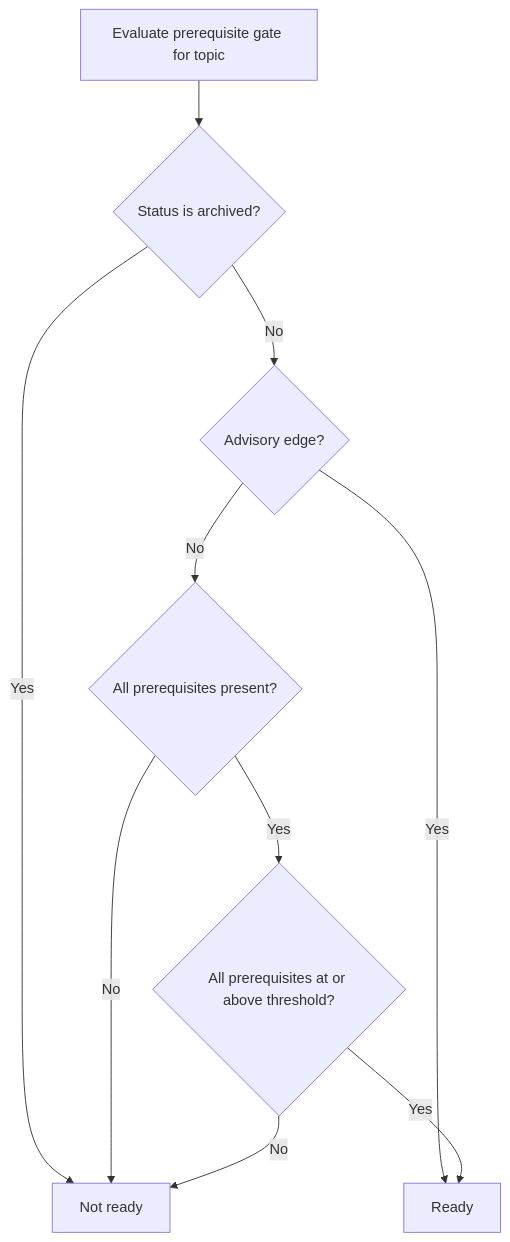
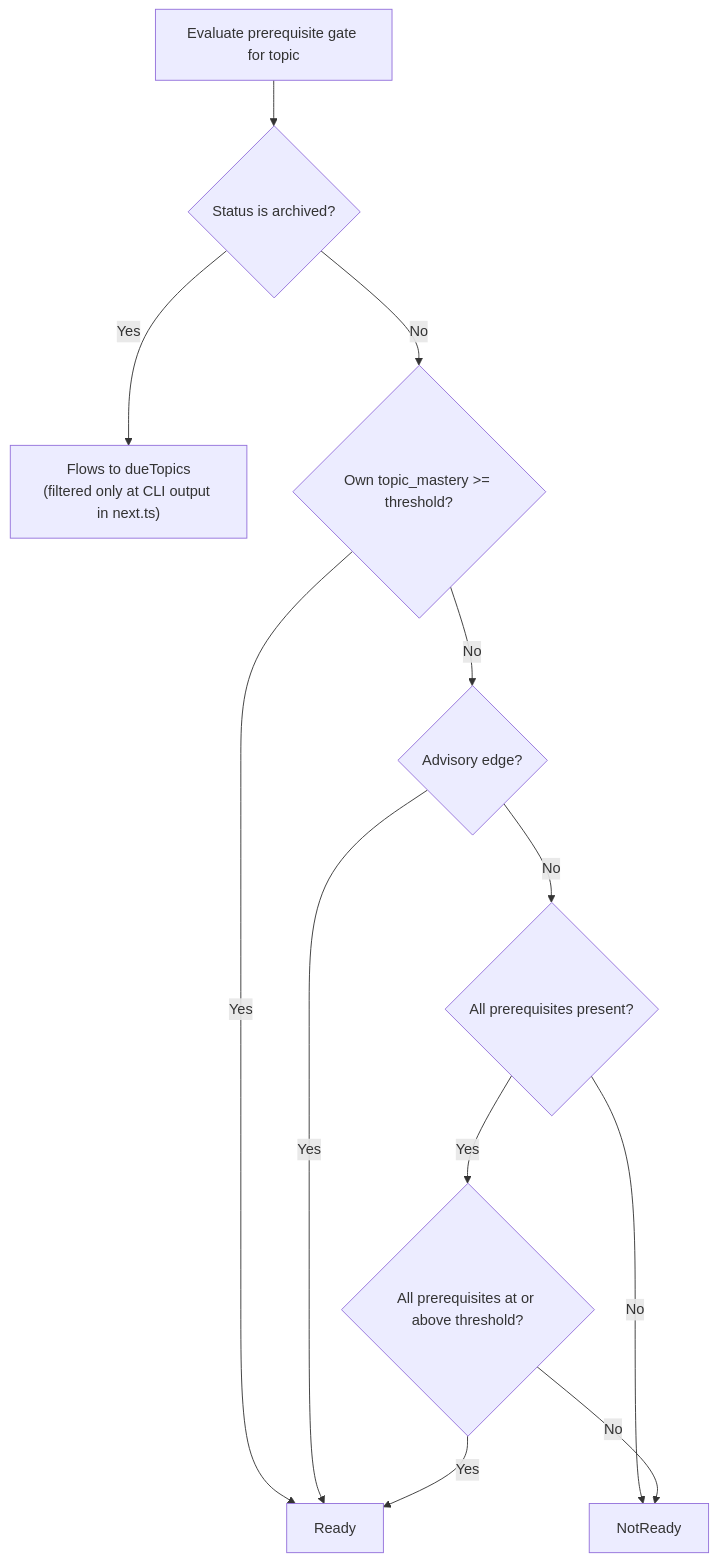
The sixth of 9 diagrams in Application Layer/Next Topics Recommendation.md (Kuldeep2822k/palee-architecture), drawn with Mermaid before and after one commit. The commit also changed other lines of this file and 6 other files, not shown here.

````diff
--- a/Application Layer/Next Topics Recommendation.md
+++ b/Application Layer/Next Topics Recommendation.md
@@ -219,12 +217,14 @@
 ```mermaid
 flowchart TD
     Enter["Evaluate prerequisite gate for topic"] --> CheckArchived{"Status is archived?"}
-    CheckArchived -->|Yes| NotReady["Not ready"]
-    CheckArchived -->|No| CheckAdvisory{"Advisory edge?"}
+    CheckArchived -->|Yes| DueTopics["Flows to dueTopics<br/>(filtered only at CLI output in next.ts)"]
+    CheckArchived -->|No| CheckOwnMastery{"Own topic_mastery >= threshold?"}
+    CheckOwnMastery -->|Yes| Ready["Ready"]
+    CheckOwnMastery -->|No| CheckAdvisory{"Advisory edge?"}
     CheckAdvisory -->|Yes| Ready["Ready"]
     CheckAdvisory -->|No| CheckMissing{"All prerequisites present?"}
     CheckMissing -->|No| NotReady
     CheckMissing -->|Yes| CheckMastery{"All prerequisites at or above threshold?"}
     CheckMastery -->|No| NotReady
     CheckMastery -->|Yes| Ready
 ```
````
